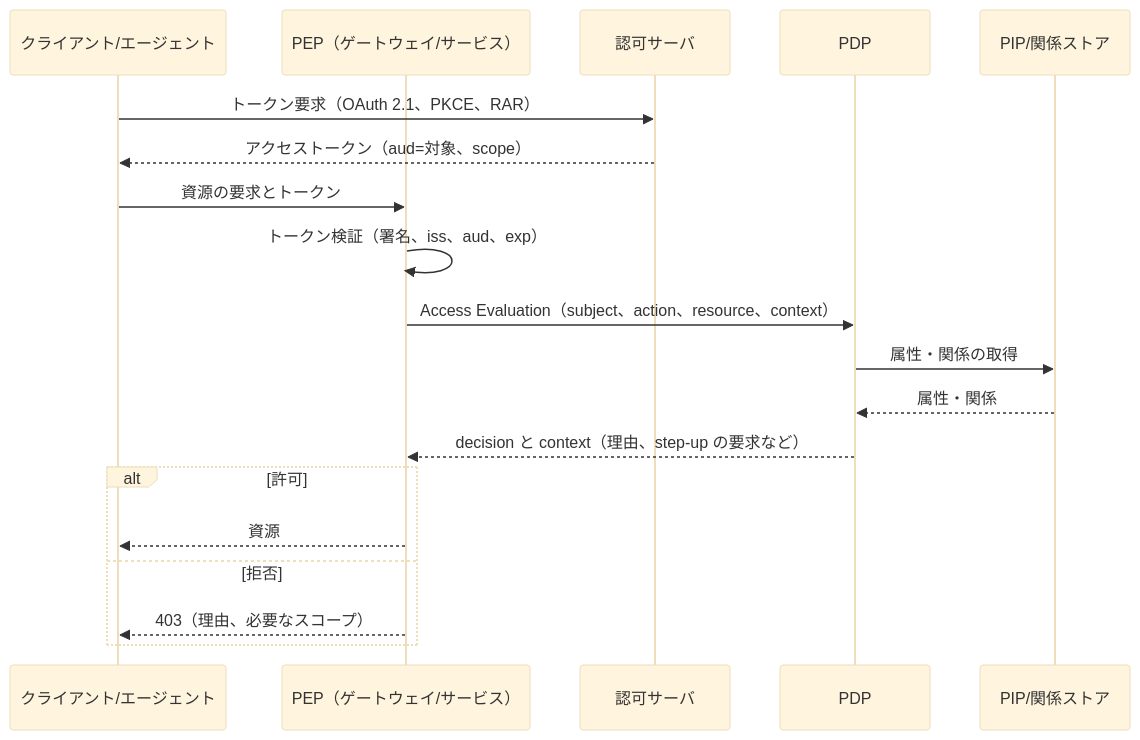
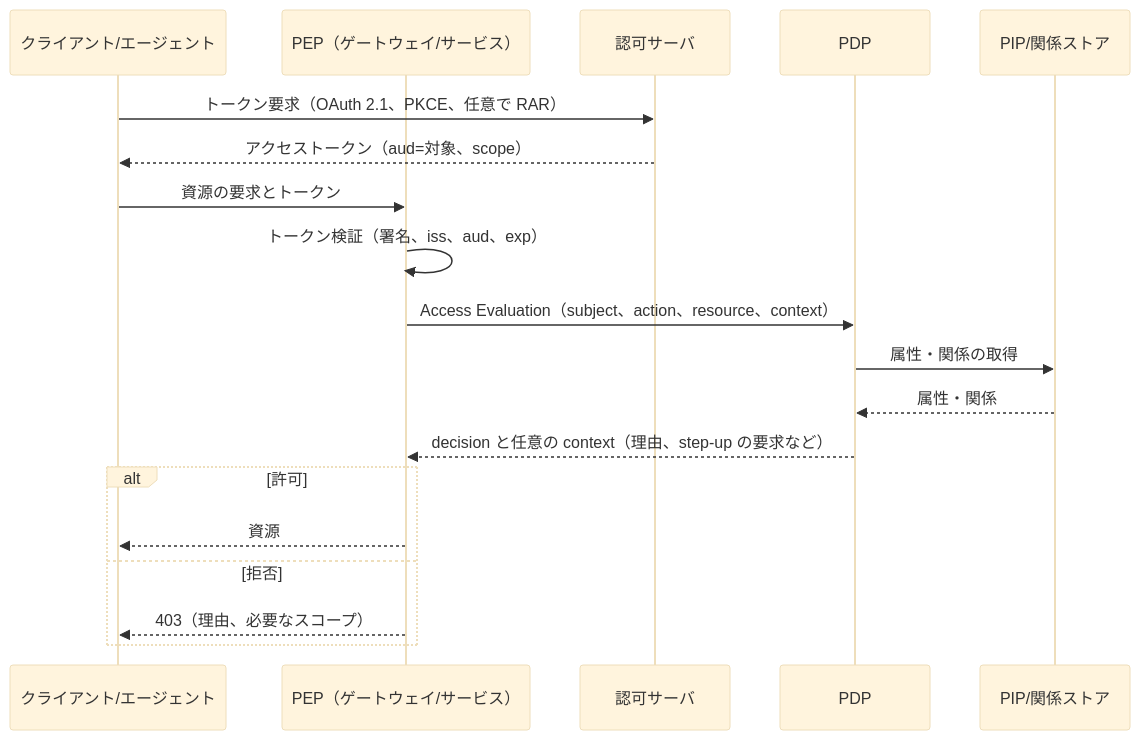
Before and after one commit to bmf-san/bmf-tech: the third of 6 diagrams in content/ja/posts/authorization-platform-architecture-decisions.md, drawn with Mermaid (base theme). The commit also changed other lines of this file and 1 other file, not shown here.

First line of the commit message:
fix: 認可基盤のアーキテクチャの記事の図とまとめを本文と AARP・AuthZEN・MCP の任意の要素に合わせる

````diff
--- a/content/ja/posts/authorization-platform-architecture-decisions.md
+++ b/content/ja/posts/authorization-platform-architecture-decisions.md
@@ -203,21 +202,21 @@
 ```mermaid
 sequenceDiagram
     participant C as クライアント/エージェント
     participant PEP as PEP（ゲートウェイ/サービス）
     participant AS as 認可サーバ
     participant PDP as PDP
     participant PIP as PIP/関係ストア
-    C->>AS: トークン要求（OAuth 2.1、PKCE、RAR）
+    C->>AS: トークン要求（OAuth 2.1、PKCE、任意で RAR）
     AS-->>C: アクセストークン（aud=対象、scope）
     C->>PEP: 資源の要求とトークン
     PEP->>PEP: トークン検証（署名、iss、aud、exp）
     PEP->>PDP: Access Evaluation（subject、action、resource、context）
     PDP->>PIP: 属性・関係の取得
     PIP-->>PDP: 属性・関係
-    PDP-->>PEP: decision と context（理由、step-up の要求など）
+    PDP-->>PEP: decision と任意の context（理由、step-up の要求など）
     alt 許可
         PEP-->>C: 資源
     else 拒否
         PEP-->>C: 403（理由、必要なスコープ）
     end
 ```
````
